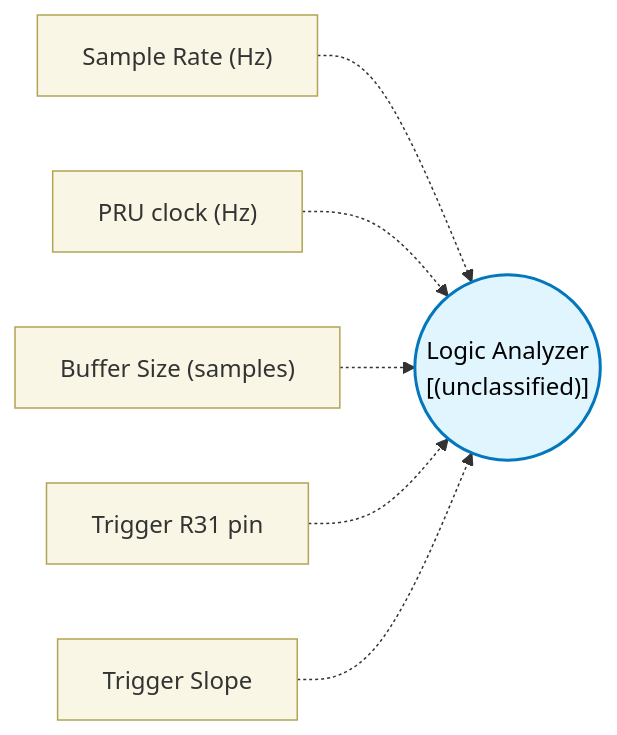
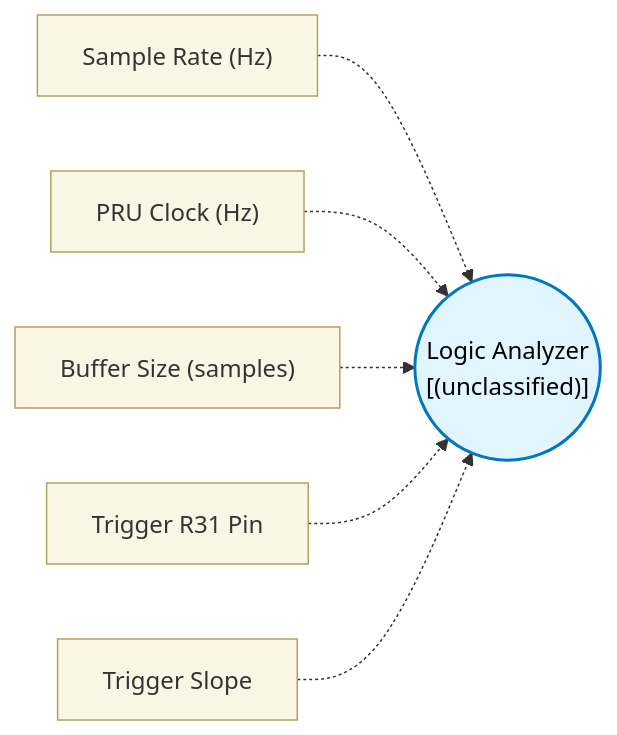
The diagram in docs/block-reference/blocks/logic_analyzer_block/design.md (TexasInstruments/pru-no-code-tool), drawn with Mermaid before and after one commit. The commit also changed other lines of this file and 89 other files, not shown here.

````diff
--- a/docs/block-reference/blocks/logic_analyzer_block/design.md
+++ b/docs/block-reference/blocks/logic_analyzer_block/design.md
@@ -11,11 +11,11 @@
 ```mermaid
 flowchart LR
   classDef config fill:#f9f6e5,stroke:#b1a457,stroke-width:1px,color:#333;
   classDef core fill:#e1f5fe,stroke:#0277bd,stroke-width:2px,color:#000;
   CORE(("Logic Analyzer\n[(unclassified)]")):::core
   CFG0["Sample Rate (Hz)"]:::config -.-> CORE
-  CFG1["PRU clock (Hz)"]:::config -.-> CORE
+  CFG1["PRU Clock (Hz)"]:::config -.-> CORE
   CFG2["Buffer Size (samples)"]:::config -.-> CORE
-  CFG3["Trigger R31 pin"]:::config -.-> CORE
+  CFG3["Trigger R31 Pin"]:::config -.-> CORE
   CFG4["Trigger Slope"]:::config -.-> CORE
 ```
````
